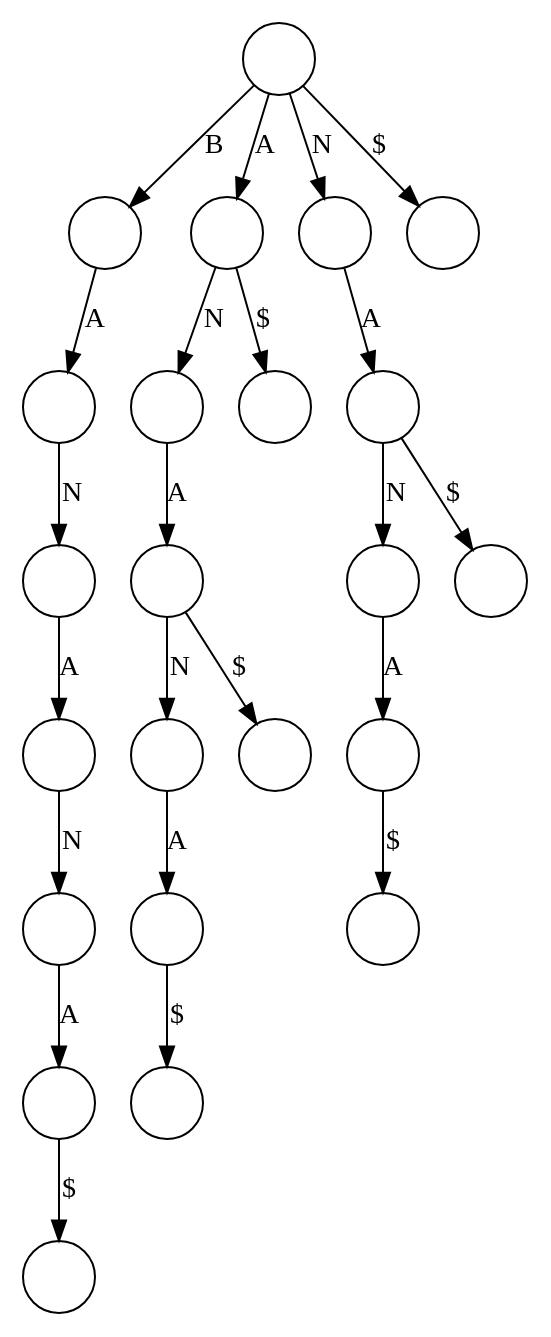
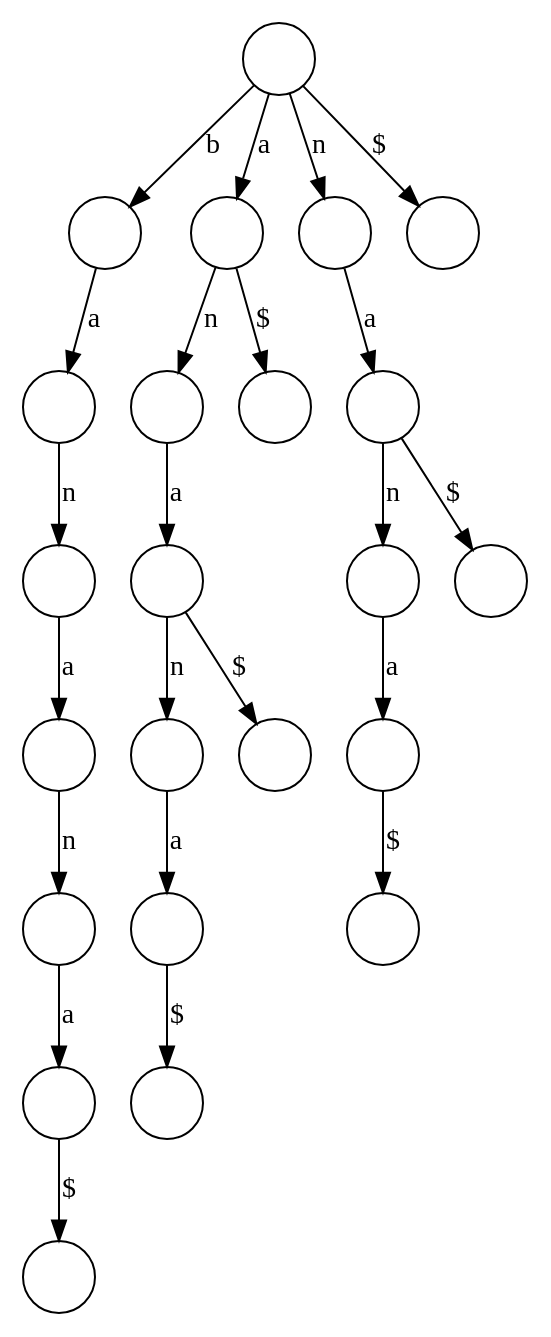
Before and after one commit to cu-compg-spring-2025/assignment-6-suffix-index-JasonHunter95: the diagram in dots/suffix_trie/BANANA.dot, drawn with Graphviz. The commit also changed 12 other files, not shown here.

```diff
--- a/dots/suffix_trie/BANANA.dot
+++ b/dots/suffix_trie/BANANA.dot
@@ -1,25 +1,25 @@
 digraph "Suffix trie" {
   node [shape=circle label=""];
-  0 -> 1 [ label="B" ];
-  1 -> 2 [ label="A" ];
-  2 -> 3 [ label="N" ];
-  3 -> 4 [ label="A" ];
-  4 -> 5 [ label="N" ];
-  5 -> 6 [ label="A" ];
+  0 -> 1 [ label="b" ];
+  1 -> 2 [ label="a" ];
+  2 -> 3 [ label="n" ];
+  3 -> 4 [ label="a" ];
+  4 -> 5 [ label="n" ];
+  5 -> 6 [ label="a" ];
   6 -> 7 [ label="$" ];
-  0 -> 8 [ label="A" ];
-  8 -> 9 [ label="N" ];
-  9 -> 10 [ label="A" ];
-  10 -> 11 [ label="N" ];
-  11 -> 12 [ label="A" ];
+  0 -> 8 [ label="a" ];
+  8 -> 9 [ label="n" ];
+  9 -> 10 [ label="a" ];
+  10 -> 11 [ label="n" ];
+  11 -> 12 [ label="a" ];
   12 -> 13 [ label="$" ];
   10 -> 14 [ label="$" ];
   8 -> 15 [ label="$" ];
-  0 -> 16 [ label="N" ];
-  16 -> 17 [ label="A" ];
-  17 -> 18 [ label="N" ];
-  18 -> 19 [ label="A" ];
+  0 -> 16 [ label="n" ];
+  16 -> 17 [ label="a" ];
+  17 -> 18 [ label="n" ];
+  18 -> 19 [ label="a" ];
   19 -> 20 [ label="$" ];
   17 -> 21 [ label="$" ];
   0 -> 22 [ label="$" ];
 }
```
